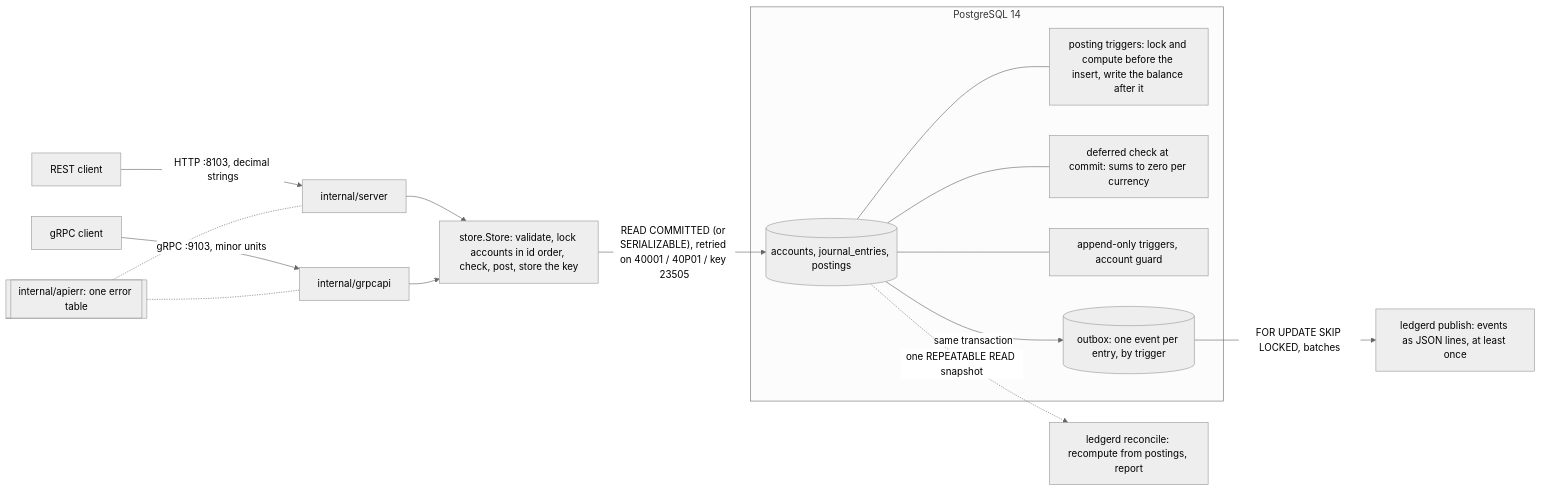
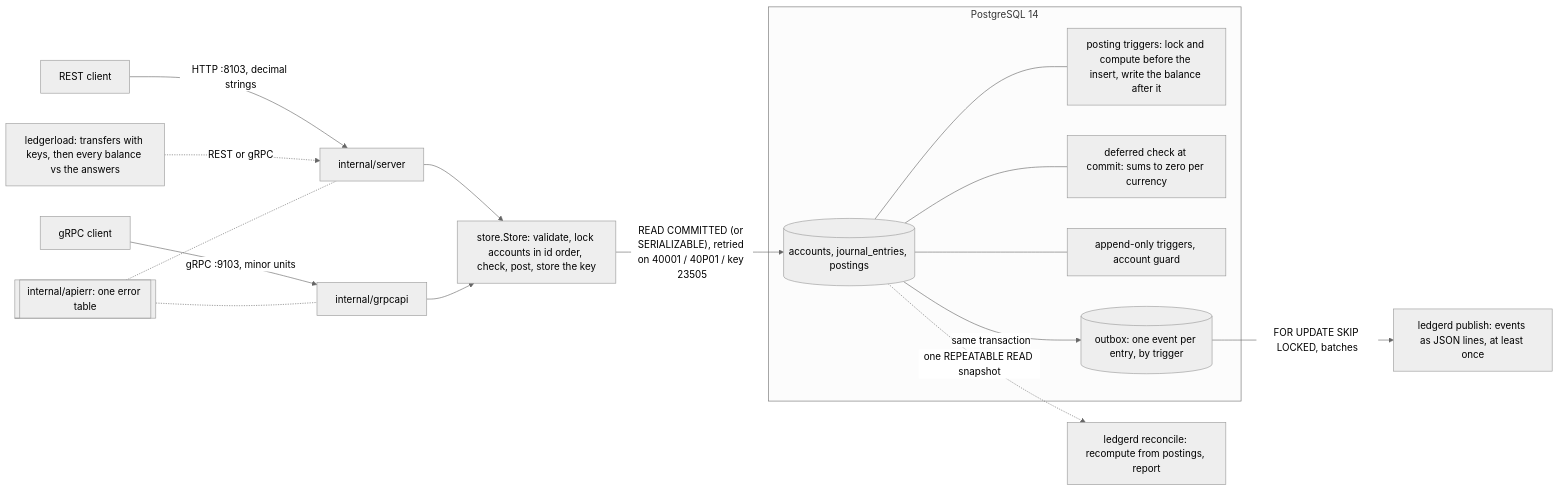
Before and after one commit to vivekdavara/ledger: the diagram in README.md, drawn with Mermaid (neutral theme). The commit also changed other lines of this file, not shown here.

````diff
--- a/README.md
+++ b/README.md
@@ -20,24 +22,25 @@
 ```mermaid
 flowchart LR
     R[REST client] -- "HTTP :8103, decimal strings" --> H[internal/server]
     G[gRPC client] -- "gRPC :9103, minor units" --> P[internal/grpcapi]
+    L["ledgerload: transfers with keys, then every balance vs the answers"] -. "REST or gRPC" .-> H
     H --> S
     P --> S
     S["store.Store: validate, lock accounts in id order, check, post, store the key"]
     E[[internal/apierr: one error table]] -.- H
     E -.- P
     S -- "READ COMMITTED (or SERIALIZABLE), retried on 40001 / 40P01 / key 23505" --> TBL
     subgraph PG [PostgreSQL 14]
         TBL[("accounts, journal_entries, postings")]
         T1["posting triggers: lock and compute before the insert, write the balance after it"]
         T2["deferred check at commit: sums to zero per currency"]
         T3["append-only triggers, account guard"]
         OB[("outbox: one event per entry, by trigger")]
         TBL --- T1
         TBL --- T2
         TBL --- T3
         TBL -- "same transaction" --> OB
     end
     OB -- "FOR UPDATE SKIP LOCKED, batches" --> PUB["ledgerd publish: events as JSON lines, at least once"]
     TBL -. "one REPEATABLE READ snapshot" .-> REC["ledgerd reconcile: recompute from postings, report"]
 ```
````
